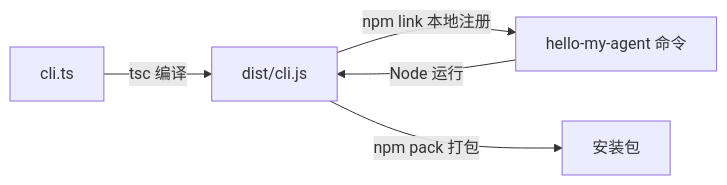
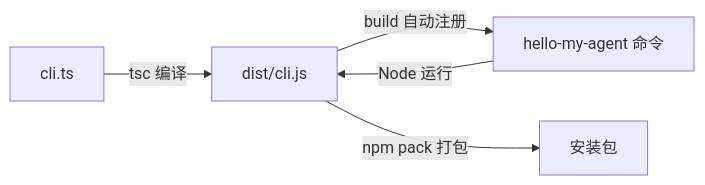
The diagram in chapter-01-first-command/README.md (sherlockmen/hello-my-agent), drawn with Mermaid before and after one commit. The commit also changed other lines of this file and 6 other files, not shown here.

````diff
--- a/chapter-01-first-command/README.md
+++ b/chapter-01-first-command/README.md
@@ -27,7 +27,7 @@
 ```mermaid
 flowchart LR
   A[cli.ts] -->|tsc 编译| B[dist/cli.js]
-  B -->|npm link 本地注册| C[hello-my-agent 命令]
+  B -->|build 自动注册| C[hello-my-agent 命令]
   C -->|Node 运行| B
   B -->|npm pack 打包| D[安装包]
 ```
````
